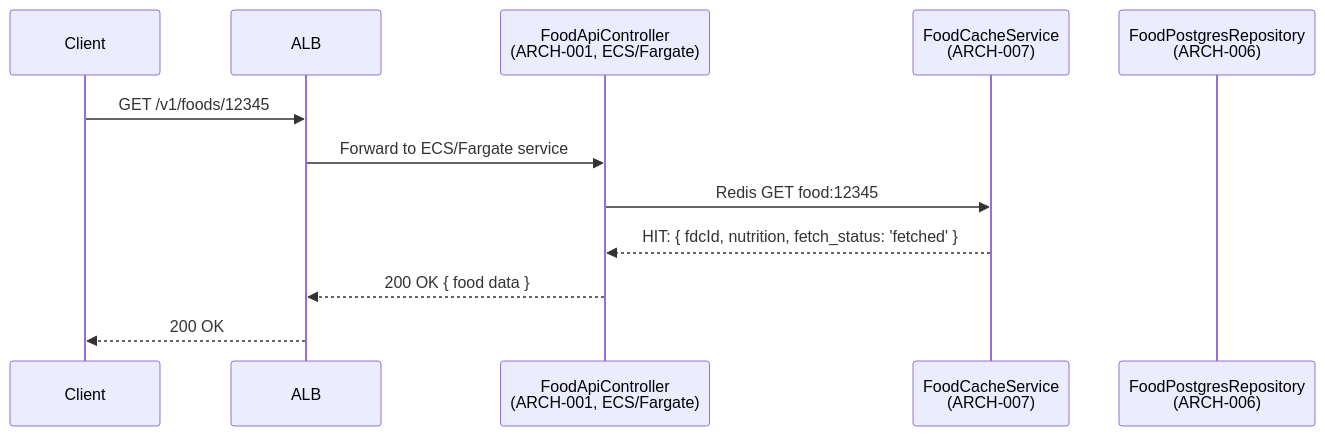
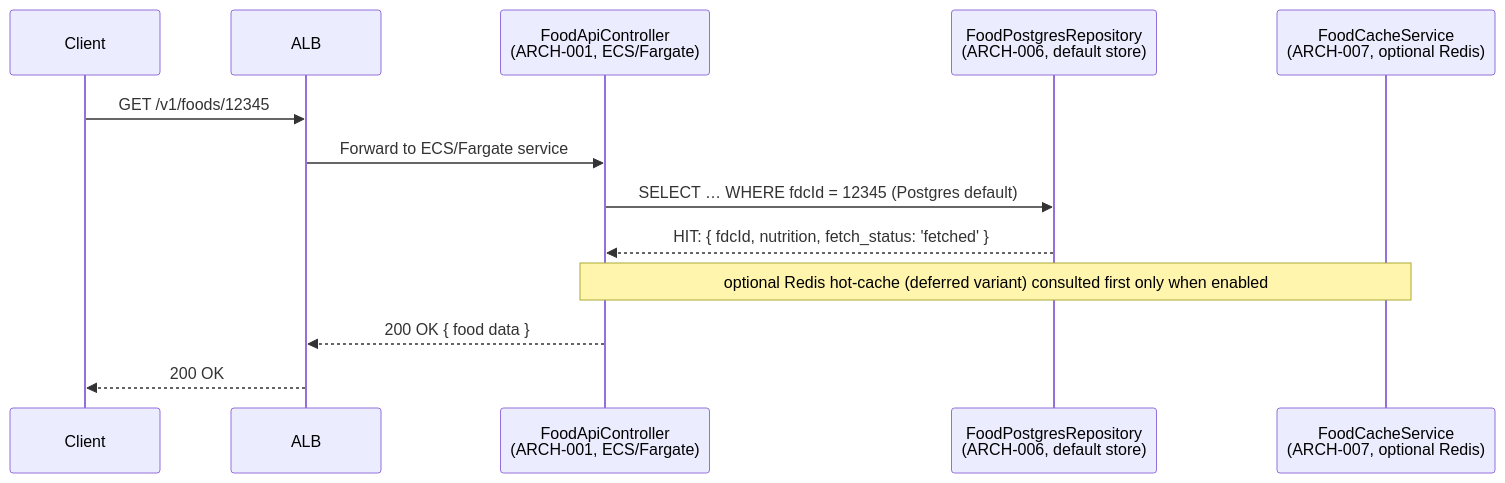
The second of 8 diagrams in specs/003-usda-food-data/v-model/architecture-design.md (radicle-co/KitchenSink), drawn with Mermaid before and after one commit. The commit also changed other lines of this file and 24 other files, not shown here.

````diff
--- a/specs/003-usda-food-data/v-model/architecture-design.md
+++ b/specs/003-usda-food-data/v-model/architecture-design.md
@@ -76,15 +76,16 @@
 ```mermaid
 sequenceDiagram
     participant C as Client
     participant G as ALB
     participant A as FoodApiController<br/>(ARCH-001, ECS/Fargate)
-    participant R as FoodCacheService<br/>(ARCH-007)
-    participant P as FoodPostgresRepository<br/>(ARCH-006)
+    participant P as FoodPostgresRepository<br/>(ARCH-006, default store)
+    participant R as FoodCacheService<br/>(ARCH-007, optional Redis)
 
     C->>G: GET /v1/foods/12345
     G->>A: Forward to ECS/Fargate service
-    A->>R: Redis GET food:12345
-    R-->>A: HIT: { fdcId, nutrition, fetch_status: 'fetched' }
+    A->>P: SELECT … WHERE fdcId = 12345 (Postgres default)
+    P-->>A: HIT: { fdcId, nutrition, fetch_status: 'fetched' }
+    Note over A,R: optional Redis hot-cache (deferred variant) consulted first only when enabled
     A-->>G: 200 OK { food data }
     G-->>C: 200 OK
 ```
````
